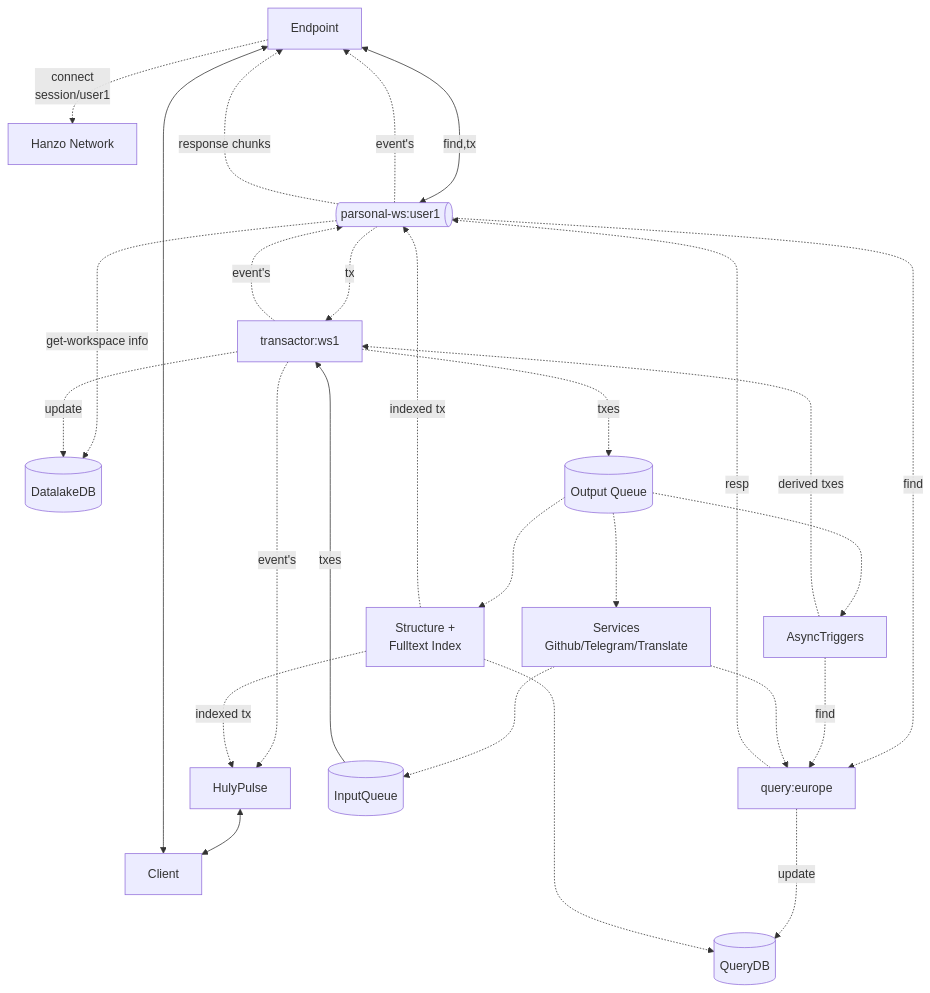
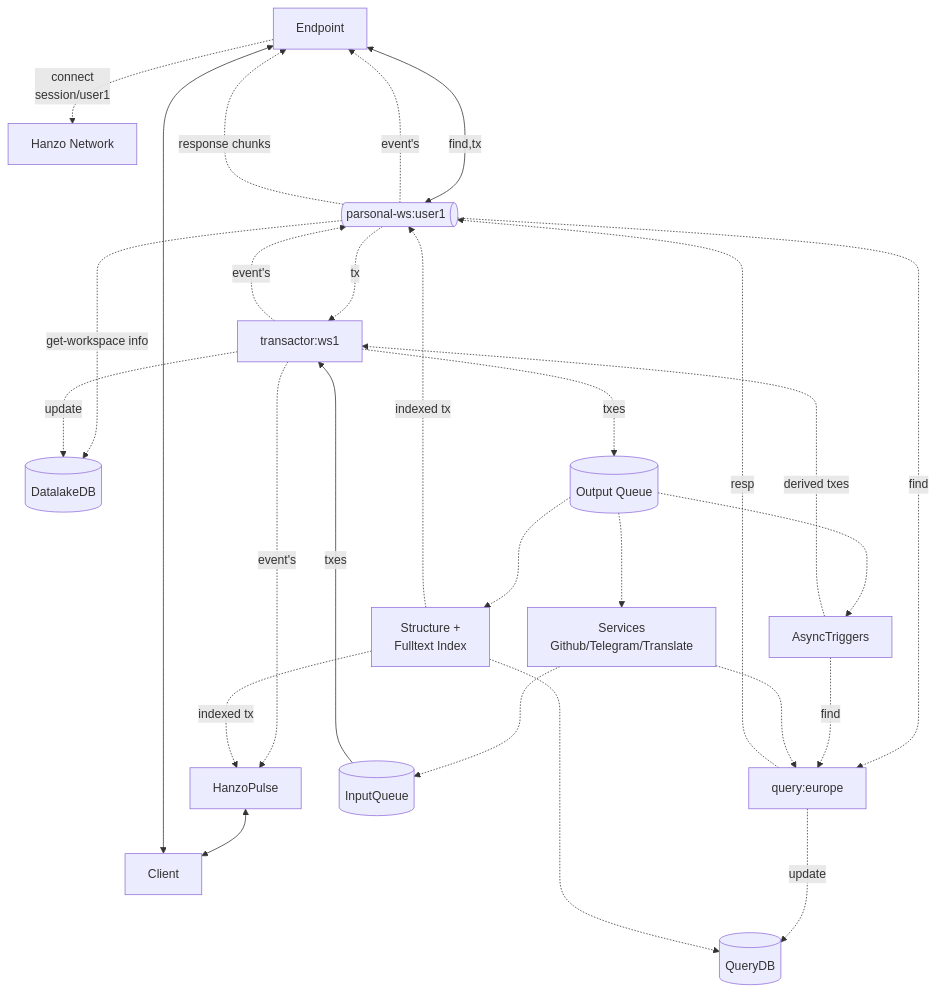
The diagram in foundations/net/Hanzo.md (hanzoai/team), drawn with Mermaid before and after one commit. The commit also changed other lines of this file and 214 other files, not shown here.

````diff
--- a/foundations/net/Hanzo.md
+++ b/foundations/net/Hanzo.md
@@ -11,64 +11,64 @@
 ```mermaid
 flowchart
   Endpoint -.->|
   connect
   session/user1
-              |HulyNetwork[Hanzo Network]
+              |HanzoNetwork[Hanzo Network]
 
   Endpoint <-->|find,tx| parsonal-ws:user1
 
   parsonal-ws:user1 -..->|get-workspace info| DatalakeDB
 
   parsonal-ws:user1 -..->|find| query:europe
 
   parsonal-ws:user1 -..->|event's| Endpoint
 
   query:europe -..->|resp| parsonal-ws:user1
 
   parsonal-ws:user1 -..->|response chunks| Endpoint
 
   parsonal-ws:user1 -..->|tx| transactor:ws1
 
-  transactor:ws1 -..->|event's| HulyPulse
+  transactor:ws1 -..->|event's| HanzoPulse
   transactor:ws1 -..->|event's| parsonal-ws:user1
 
-  HulyPulse <--> Client
+  HanzoPulse <--> Client
 
   Client <--> Endpoint
 
   query:europe -..->|"update"| QueryDB
   transactor:ws1 -..->|update| DatalakeDB
 
   transactor:ws1 -..->|txes| Kafka[Output Queue]
 
   Kafka -..-> Indexer[Structure +
   Fulltext Index]
 
   Indexer -..-> QueryDB
 
-  Indexer -..->|indexed tx| HulyPulse
+  Indexer -..->|indexed tx| HanzoPulse
 
   Indexer -..->|indexed tx| parsonal-ws:user1
 
   Kafka -..-> AsyncTriggers
 
   AsyncTriggers -..->|find| query:europe
 
   AsyncTriggers -..->|derived txes| transactor:ws1
 
   InputQueue -->|txes| transactor:ws1
 
   Services[Services
   Github/Telegram/Translate] -..-> InputQueue
 
   Kafka -..-> Services
 
   Services -..-> query:europe
 
   QueryDB@{shape: database}
   InputQueue@{shape: database}
   DatalakeDB@{shape: database}
   Kafka@{shape: database}
   parsonal-ws:user1@{ shape: h-cyl}
 
 ```
````
